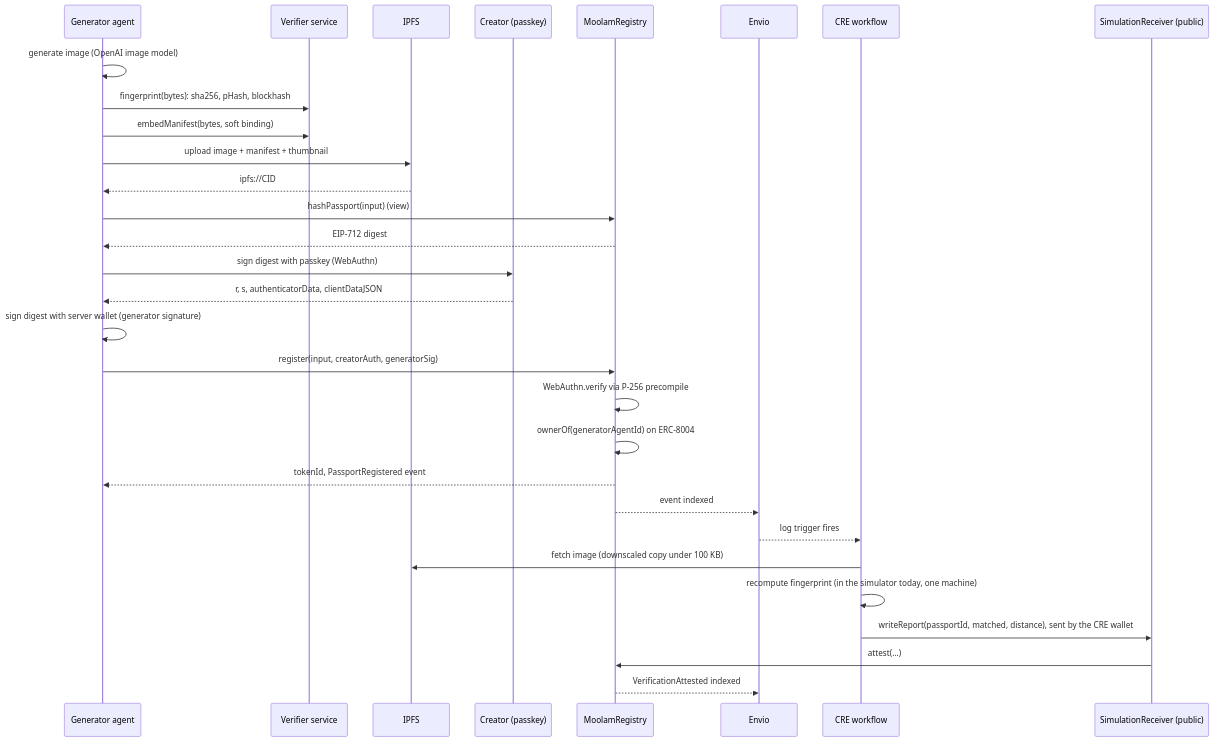
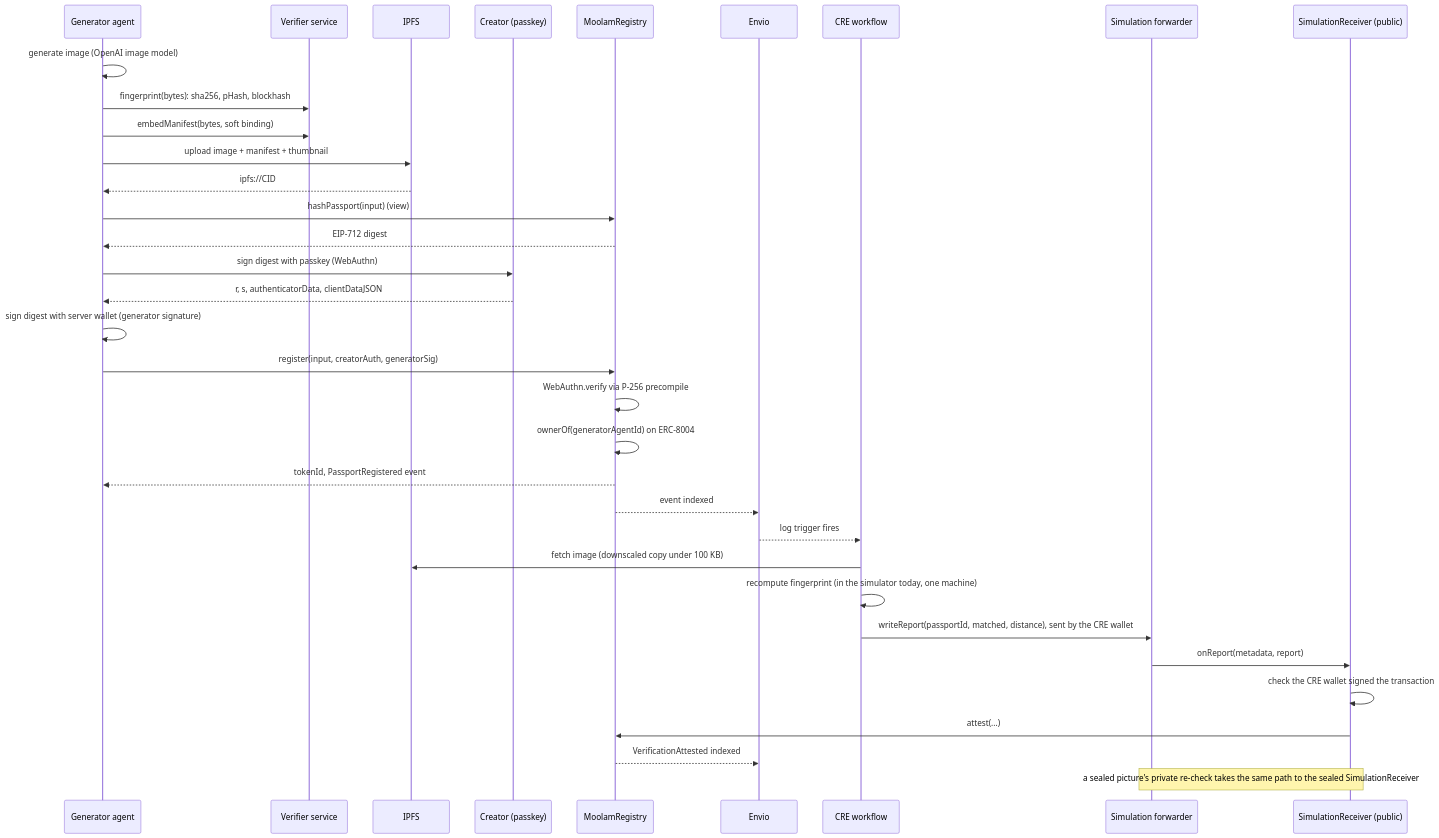
One commit to ramakrishnanhulk20/Moolam changed the second of 3 diagrams in README.md. Above: the diagram before and after it, drawn with Mermaid. The commit also changed other lines of this file and 28 other files, not shown here.

````diff
--- a/README.md
+++ b/README.md
@@ -356,33 +360,37 @@
 ```mermaid
 sequenceDiagram
     participant A as Generator agent
     participant S as Verifier service
     participant F as IPFS
     participant C as Creator (passkey)
     participant R as MoolamRegistry
     participant X as Envio
     participant W as CRE workflow
+    participant MF as Simulation forwarder
     participant RC as SimulationReceiver (public)
 
     A->>A: generate image (OpenAI image model)
     A->>S: fingerprint(bytes): sha256, pHash, blockhash
     A->>S: embedManifest(bytes, soft binding)
     A->>F: upload image + manifest + thumbnail
     F-->>A: ipfs://CID
     A->>R: hashPassport(input) (view)
     R-->>A: EIP-712 digest
     A->>C: sign digest with passkey (WebAuthn)
     C-->>A: r, s, authenticatorData, clientDataJSON
     A->>A: sign digest with server wallet (generator signature)
     A->>R: register(input, creatorAuth, generatorSig)
     R->>R: WebAuthn.verify via P-256 precompile
     R->>R: ownerOf(generatorAgentId) on ERC-8004
     R-->>A: tokenId, PassportRegistered event
     R-->>X: event indexed
     X-->>W: log trigger fires
     W->>F: fetch image (downscaled copy under 100 KB)
     W->>W: recompute fingerprint (in the simulator today, one machine)
-    W->>RC: writeReport(passportId, matched, distance), sent by the CRE wallet
+    W->>MF: writeReport(passportId, matched, distance), sent by the CRE wallet
+    MF->>RC: onReport(metadata, report)
+    RC->>RC: check the CRE wallet signed the transaction
     RC->>R: attest(...)
     R-->>X: VerificationAttested indexed
+    Note over MF,RC: a sealed picture's private re-check takes the same path to the sealed SimulationReceiver
 ```
````
